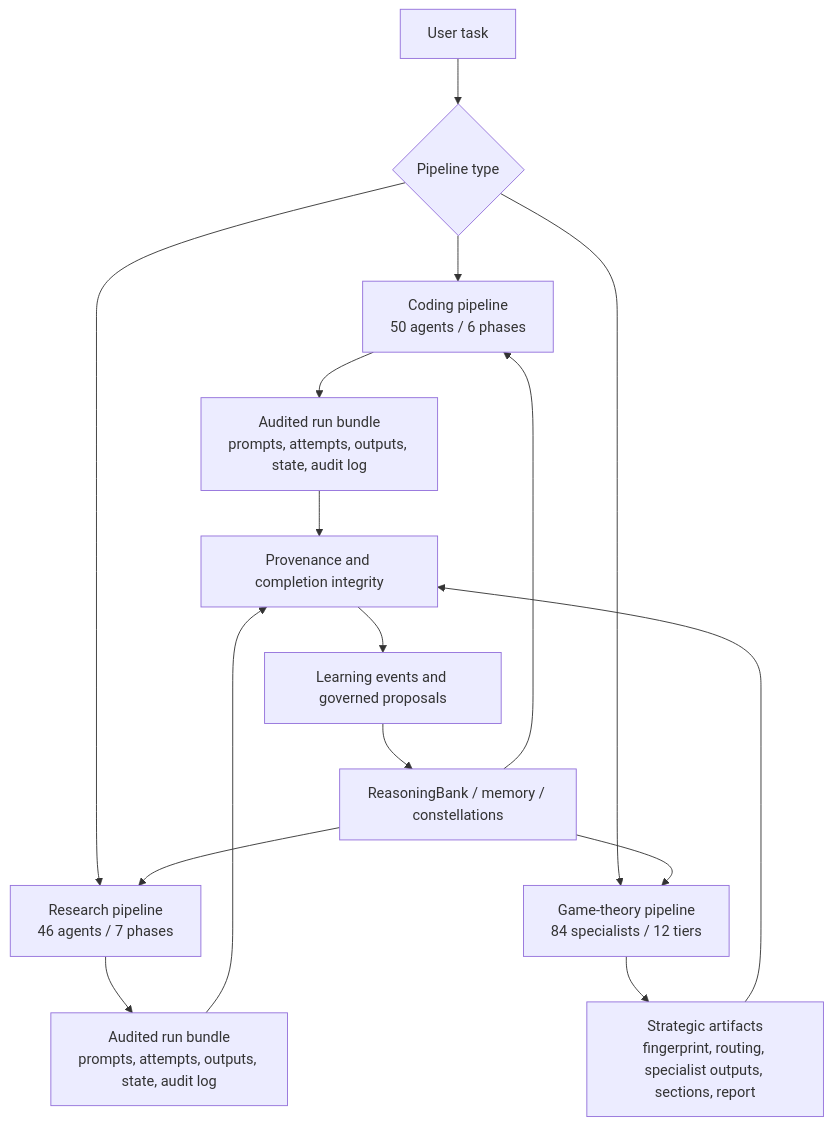
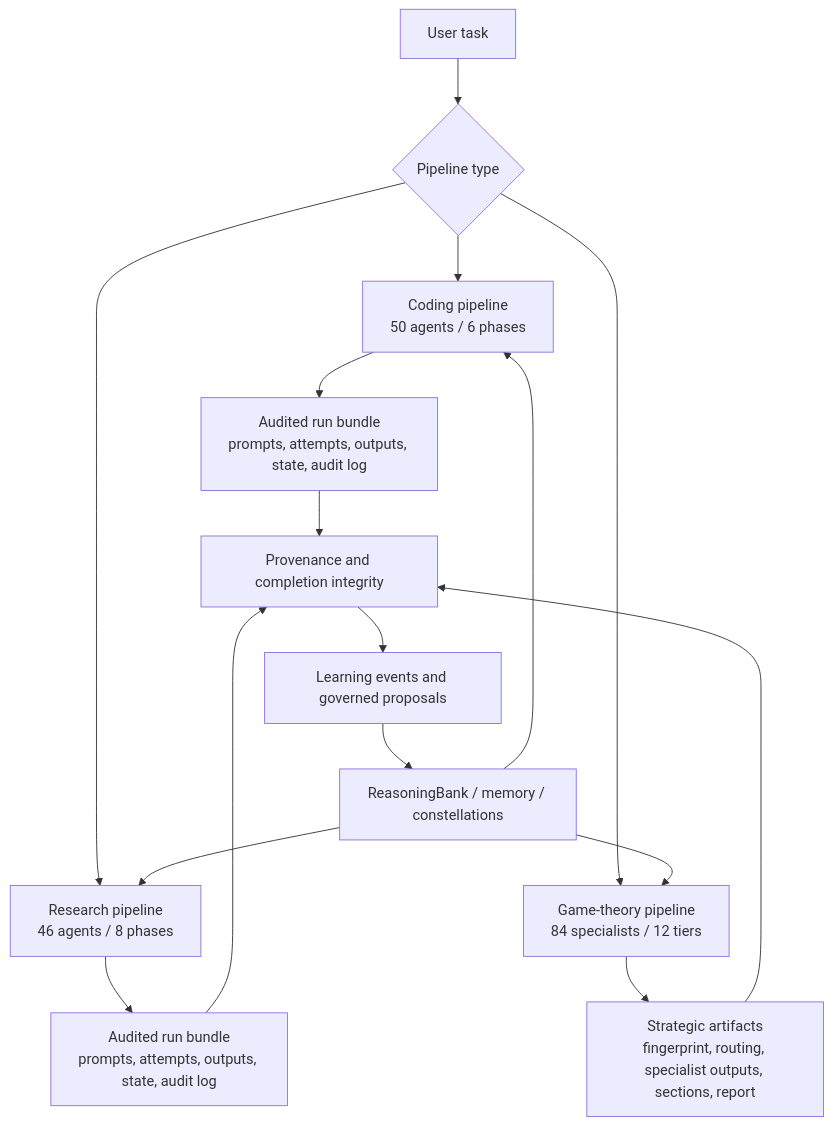
The diagram in docs/architecture/pipelines.md (ste-bah/archon-cli), drawn with Mermaid before and after one commit. The commit also changed other lines of this file and 234 other files, not shown here.

Commit message:
fix: align pipeline agents with archon tools [skip ci]

````diff
--- a/docs/architecture/pipelines.md
+++ b/docs/architecture/pipelines.md
@@ -10,20 +10,20 @@
 ```mermaid
 flowchart TB
     USER["User task"] --> CHOOSE{"Pipeline type"}
     CHOOSE --> CODE["Coding pipeline<br/>50 agents / 6 phases"]
-    CHOOSE --> RESEARCH["Research pipeline<br/>46 agents / 7 phases"]
+    CHOOSE --> RESEARCH["Research pipeline<br/>46 agents / 8 phases"]
     CHOOSE --> GT["Game-theory pipeline<br/>84 specialists / 12 tiers"]
 
     CODE --> ART["Audited run bundle<br/>prompts, attempts, outputs, state, audit log"]
     RESEARCH --> PAPERS["Audited run bundle<br/>prompts, attempts, outputs, state, audit log"]
     GT --> STRAT["Strategic artifacts<br/>fingerprint, routing, specialist outputs, sections, report"]
 
     ART --> PROV["Provenance and completion integrity"]
     PAPERS --> PROV
     STRAT --> PROV
     PROV --> LEARN["Learning events and governed proposals"]
     LEARN --> RB["ReasoningBank / memory / constellations"]
     RB --> CODE
     RB --> RESEARCH
     RB --> GT
 ```
````
